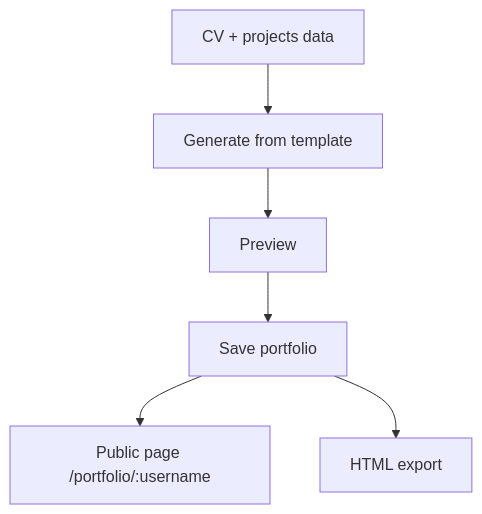
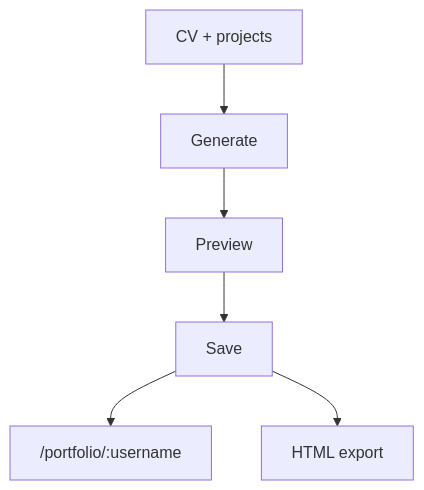
Before and after one commit to dainv123/resumate: the eighth of 10 diagrams in README.md, drawn with Mermaid. The commit also changed other lines of this file and 17 other files, not shown here.

````diff
--- a/README.md
+++ b/README.md
@@ -256,8 +248,8 @@
 ```mermaid
 flowchart TD
-  CV[CV + projects data] --> G[Generate from template]
+  Data[CV + projects] --> G[Generate]
   G --> Prev[Preview]
-  Prev --> Save[Save portfolio]
-  Save --> Pub[Public page /portfolio/:username]
+  Prev --> Save[Save]
+  Save --> Pub["/portfolio/:username"]
   Save --> HTML[HTML export]
 ```
````
